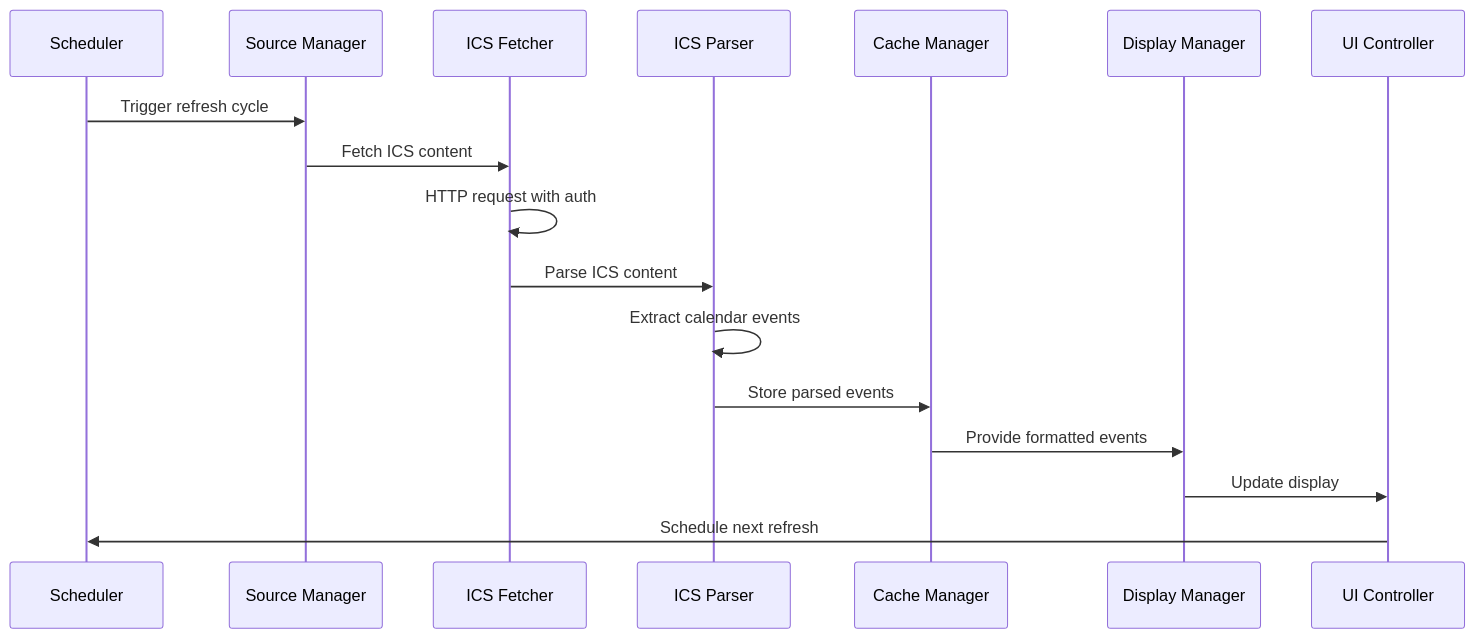
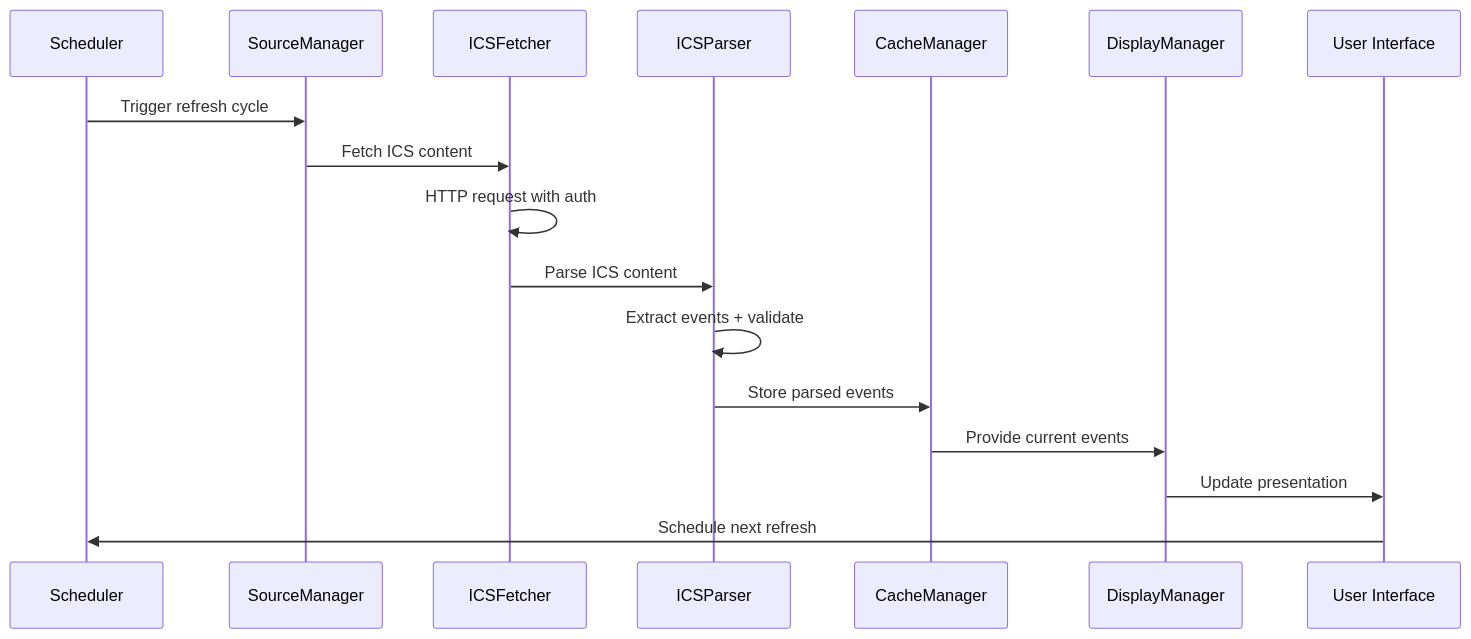
Before and after one commit to bencan1a/calendarBot: the second of 3 diagrams in ARCHITECTURE.md, drawn with Mermaid. The commit also changed other lines of this file and 11 other files, not shown here.

Commit message:
Refactor user stories for ICS Calendar Display Bot: update epics, stories, and acceptance criteria to reflect new functionality and architecture. Enhance error handling, caching strategies, and multi-source support while improving usability and performance requirements.

````diff
--- a/ARCHITECTURE.md
+++ b/ARCHITECTURE.md
@@ -202,20 +189,20 @@
 ```mermaid
 sequenceDiagram
-    participant S as Scheduler
-    participant SM as Source Manager
-    participant IF as ICS Fetcher
-    participant IP as ICS Parser
-    participant C as Cache Manager
-    participant D as Display Manager
-    participant UI as UI Controller
+    participant Timer as Scheduler
+    participant SM as SourceManager
+    participant ICS as ICSFetcher
+    participant Parser as ICSParser
+    participant Cache as CacheManager
+    participant Display as DisplayManager
+    participant UI as User Interface
     
-    S->>SM: Trigger refresh cycle
-    SM->>IF: Fetch ICS content
-    IF->>IF: HTTP request with auth
-    IF->>IP: Parse ICS content
-    IP->>IP: Extract calendar events
-    IP->>C: Store parsed events
-    C->>D: Provide formatted events
-    D->>UI: Update display
-    UI->>S: Schedule next refresh
+    Timer->>SM: Trigger refresh cycle
+    SM->>ICS: Fetch ICS content
+    ICS->>ICS: HTTP request with auth
+    ICS->>Parser: Parse ICS content
+    Parser->>Parser: Extract events + validate
+    Parser->>Cache: Store parsed events
+    Cache->>Display: Provide current events
+    Display->>UI: Update presentation
+    UI->>Timer: Schedule next refresh
 ```
````
